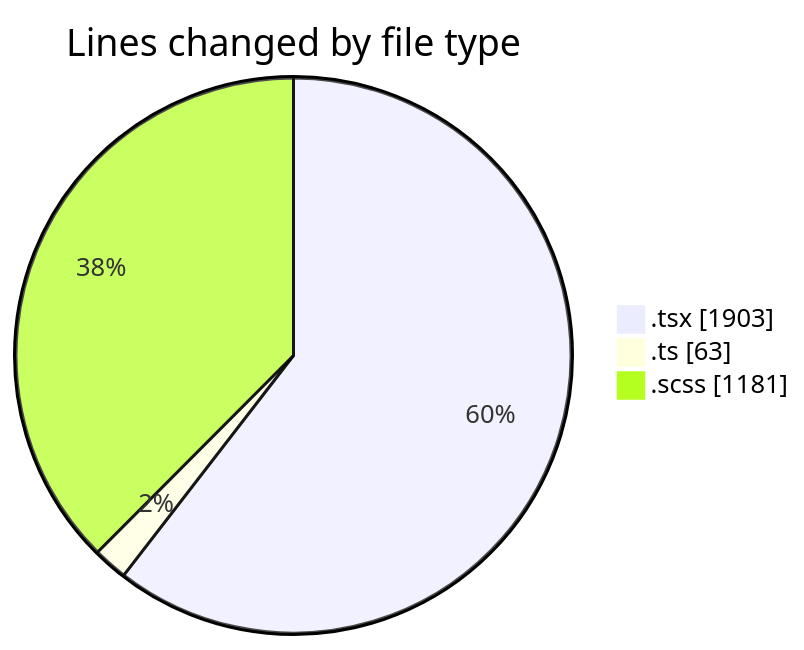
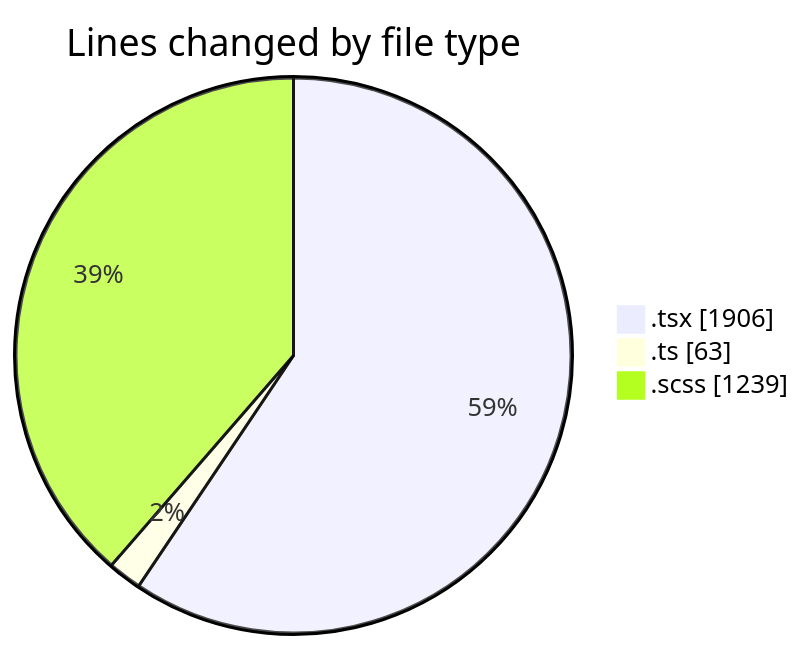
Before and after one commit to momahboobian/code-tracking: the first of 2 diagrams in 2025-04-02/cda/README.md, drawn with Mermaid. The commit also changed other lines of this file and 1 other file, not shown here.

````diff
--- a/2025-04-02/cda/README.md
+++ b/2025-04-02/cda/README.md
@@ -30,7 +30,7 @@
 ```mermaid
 pie showData
 title Lines changed by file type
-".tsx" : 1903
+".tsx" : 1906
 ".ts" : 63
-".scss" : 1181
+".scss" : 1239
 ```
````
